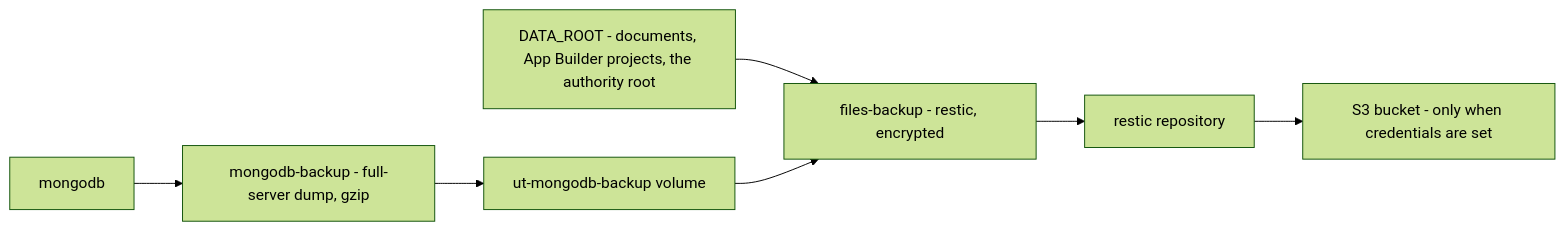
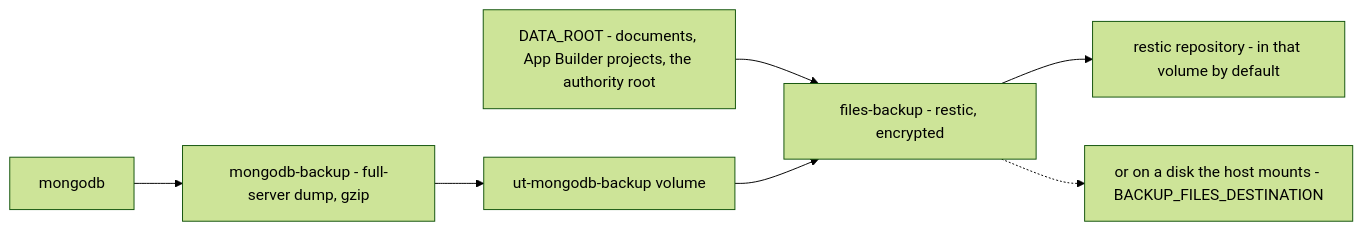
Before and after one commit to understand-tech/ai-in-a-box: the diagram in docs/restore.md, drawn with Mermaid (forest theme). The commit also changed other lines of this file and 3 other files, not shown here.

````diff
--- a/docs/restore.md
+++ b/docs/restore.md
@@ -17,14 +17,15 @@
 ```mermaid
 flowchart LR
     MONGO["mongodb"]
     DBBACKUP["mongodb-backup - full-server dump, gzip"]
     DUMPS["ut-mongodb-backup volume"]
     DATAROOT["DATA_ROOT - documents, App Builder projects, the authority root"]
     FILESBACKUP["files-backup - restic, encrypted"]
-    REPO["restic repository"]
-    OFFSITE["S3 bucket - only when credentials are set"]
+    REPO["restic repository - in that volume by default"]
+    MOUNTED["or on a disk the host mounts - BACKUP_FILES_DESTINATION"]
     MONGO --> DBBACKUP --> DUMPS
     DATAROOT --> FILESBACKUP
     DUMPS --> FILESBACKUP
-    FILESBACKUP --> REPO --> OFFSITE
+    FILESBACKUP --> REPO
+    FILESBACKUP -.-> MOUNTED
 ```
````
